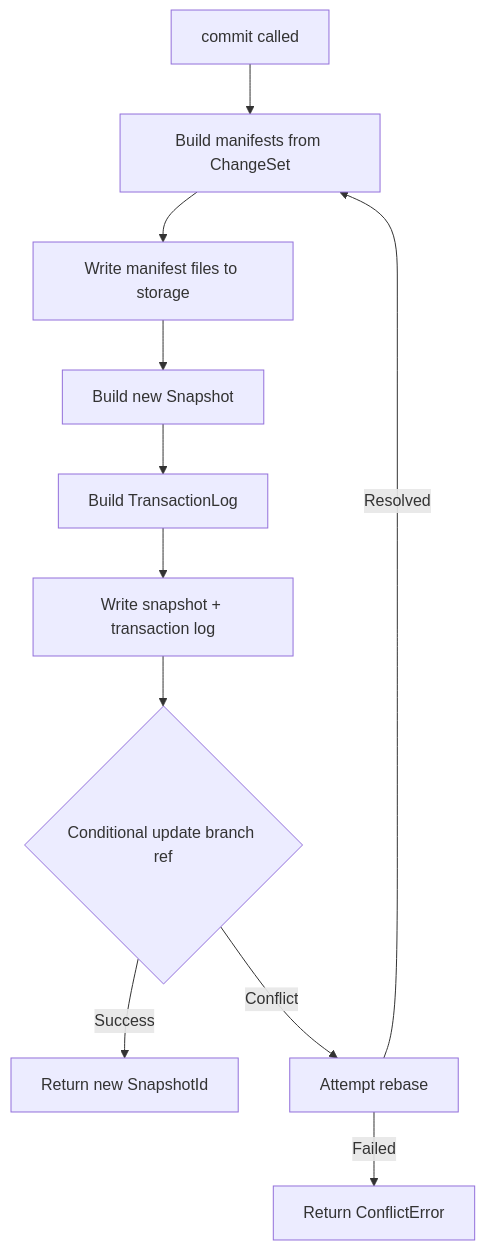
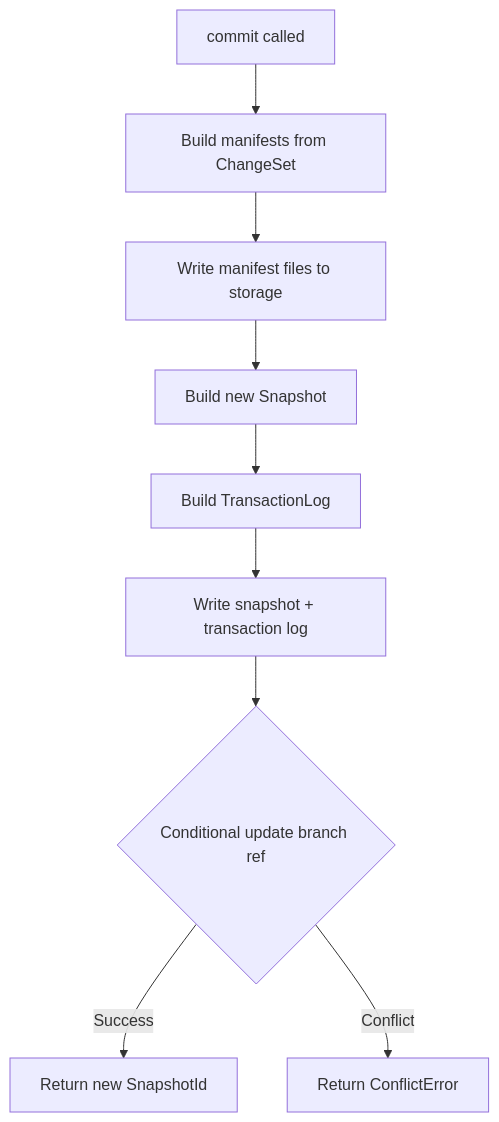
Before and after one commit to earth-mover/icechunk: the fourth of 4 diagrams in docs/docs/rust/session.md, drawn with Mermaid. The commit also changed other lines of this file and 8 other files, not shown here.

````diff
--- a/docs/docs/rust/session.md
+++ b/docs/docs/rust/session.md
@@ -216,13 +216,11 @@
 ```mermaid
 flowchart TD
     A[commit called] --> B[Build manifests from ChangeSet]
     B --> C[Write manifest files to storage]
     C --> D[Build new Snapshot]
     D --> E[Build TransactionLog]
     E --> F[Write snapshot + transaction log]
     F --> G{Conditional update branch ref}
     G -->|Success| H[Return new SnapshotId]
-    G -->|Conflict| I[Attempt rebase]
-    I -->|Resolved| B
-    I -->|Failed| J[Return ConflictError]
+    G -->|Conflict| I[Return ConflictError]
 ```
````
